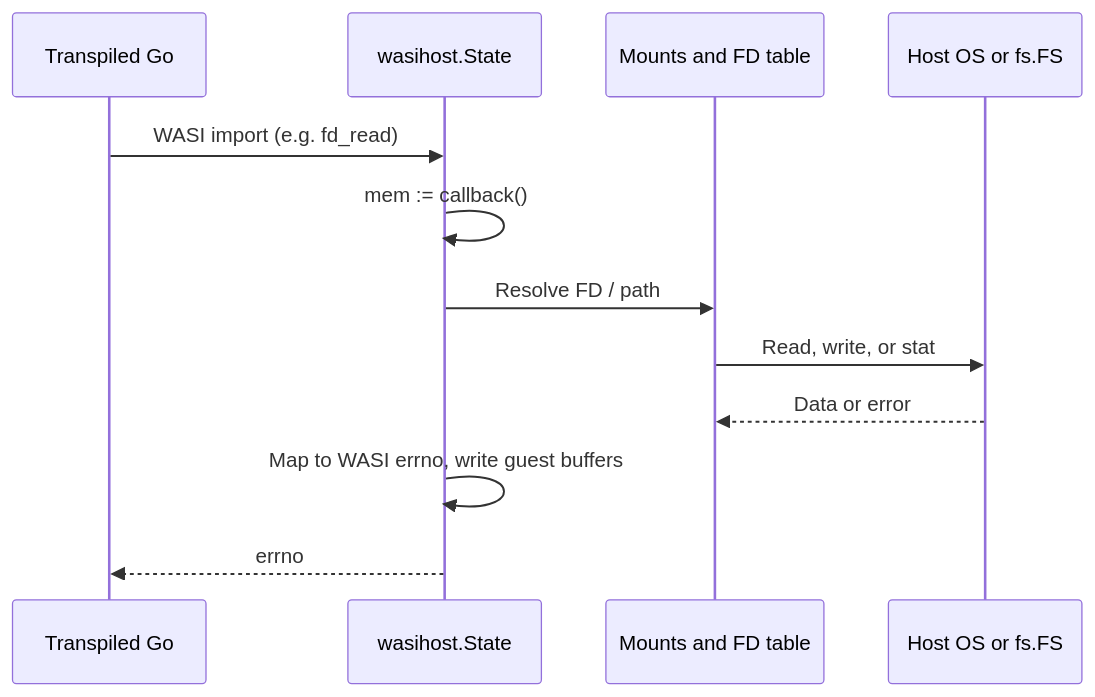
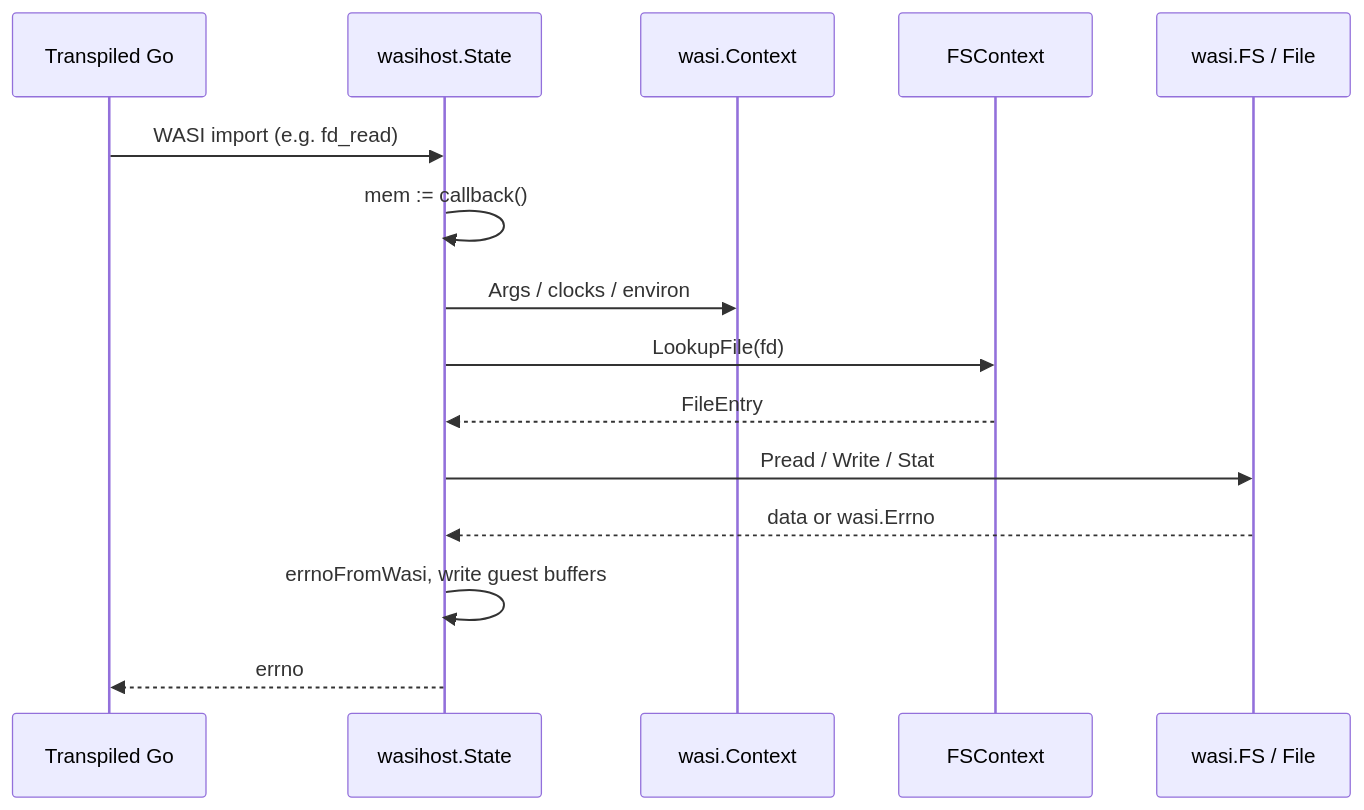
Before and after one commit to lbe/wasm2go-wasi-host: the first of 3 diagrams in ARCHITECTURE.md, drawn with Mermaid. The commit also changed other lines of this file and 127 other files, not shown here.

````diff
--- a/ARCHITECTURE.md
+++ b/ARCHITECTURE.md
@@ -58,15 +65,18 @@
 ```mermaid
 sequenceDiagram
     participant Guest as Transpiled Go
     participant Host as wasihost.State
-    participant VFS as Mounts and FD table
-    participant OS as Host OS or fs.FS
+    participant Ctx as wasi.Context
+    participant FSC as FSContext
+    participant VFS as wasi.FS / File
 
     Guest->>Host: WASI import (e.g. fd_read)
     Host->>Host: mem := callback()
-    Host->>VFS: Resolve FD / path
-    VFS->>OS: Read, write, or stat
-    OS-->>VFS: Data or error
-    Host->>Host: Map to WASI errno, write guest buffers
+    Host->>Ctx: Args / clocks / environ
+    Host->>FSC: LookupFile(fd)
+    FSC-->>Host: FileEntry
+    Host->>VFS: Pread / Write / Stat
+    VFS-->>Host: data or wasi.Errno
+    Host->>Host: errnoFromWasi, write guest buffers
     Host-->>Guest: errno
 ```
````
